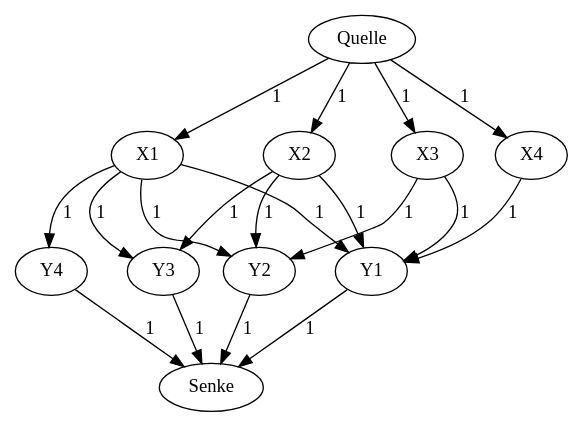
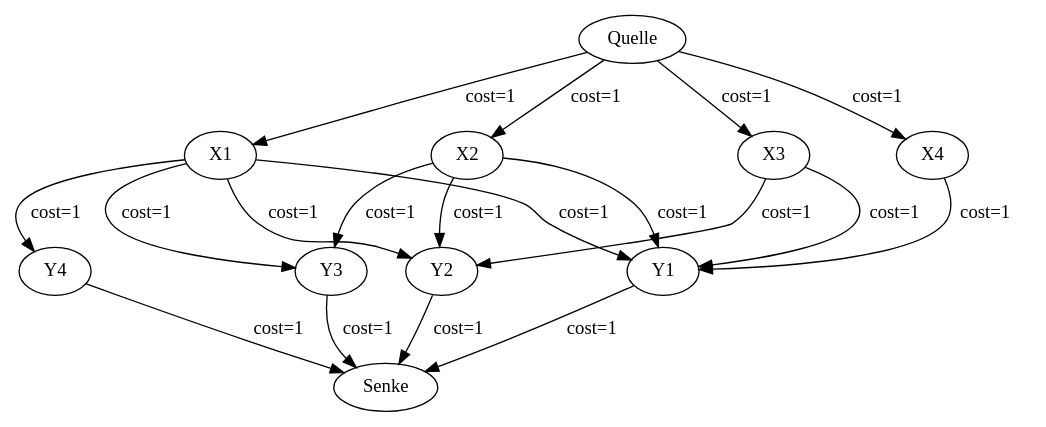
The diagram in io/graph_09.dot (MaxPower9001/B-AI3GKAP), drawn with Graphviz before and after one commit. The commit also changed 20 other files, not shown here.

```diff
--- a/io/graph_09.dot
+++ b/io/graph_09.dot
@@ -1,31 +1,31 @@
 digraph graph_09
 {
 Quelle
 X1
 X2
 X3
 X4
 Y1
 Y2
 Y3
 Y4
 Senke
-Quelle -> X1 [label="1  "]
-Quelle -> X2 [label="1  "]
-Quelle -> X3 [label="1  "]
-Quelle -> X4 [label="1  "]
-X1 -> Y1 [label="1  "]
-X1 -> Y2 [label="1  "]
-X1 -> Y3 [label="1  "]
-X1 -> Y4 [label="1  "]
-X2 -> Y1 [label="1  "]
-X2 -> Y2 [label="1  "]
-X2 -> Y3 [label="1  "]
-X3 -> Y1 [label="1  "]
-X3 -> Y2 [label="1  "]
-X4 -> Y1 [label="1  "]
-Y1 -> Senke [label="1  "]
-Y2 -> Senke [label="1  "]
-Y3 -> Senke [label="1  "]
-Y4 -> Senke [label="1  "]
+Quelle -> X1 [label="cost=1  "]
+Quelle -> X2 [label="cost=1  "]
+Quelle -> X3 [label="cost=1  "]
+Quelle -> X4 [label="cost=1  "]
+X1 -> Y1 [label="cost=1  "]
+X1 -> Y2 [label="cost=1  "]
+X1 -> Y3 [label="cost=1  "]
+X1 -> Y4 [label="cost=1  "]
+X2 -> Y1 [label="cost=1  "]
+X2 -> Y2 [label="cost=1  "]
+X2 -> Y3 [label="cost=1  "]
+X3 -> Y1 [label="cost=1  "]
+X3 -> Y2 [label="cost=1  "]
+X4 -> Y1 [label="cost=1  "]
+Y1 -> Senke [label="cost=1  "]
+Y2 -> Senke [label="cost=1  "]
+Y3 -> Senke [label="cost=1  "]
+Y4 -> Senke [label="cost=1  "]
 }
```
